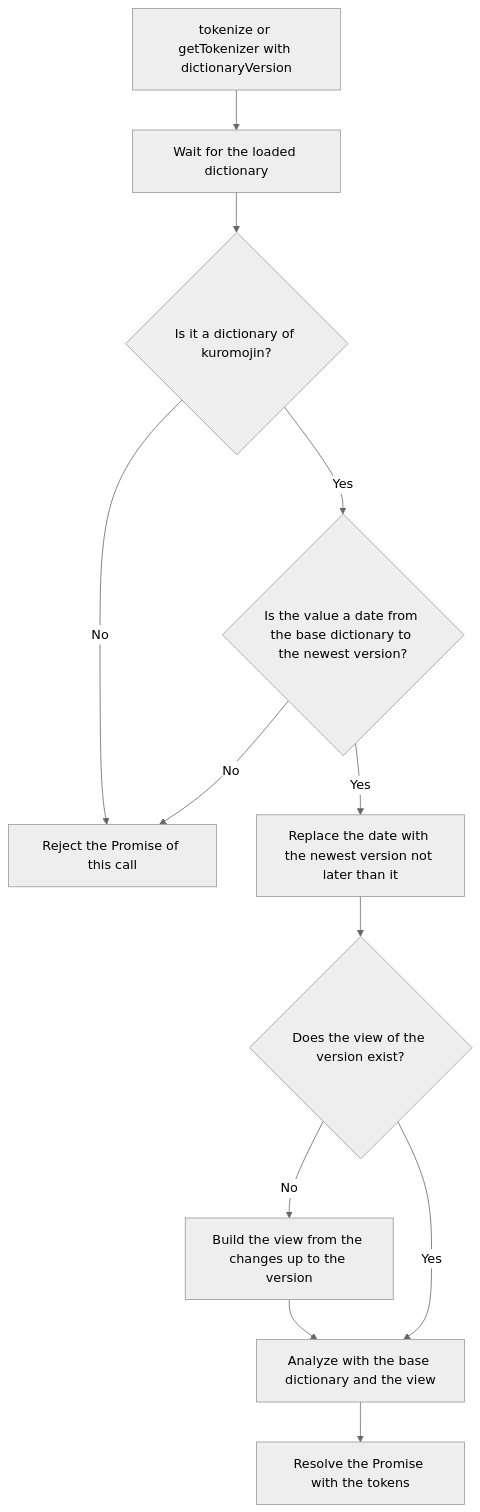
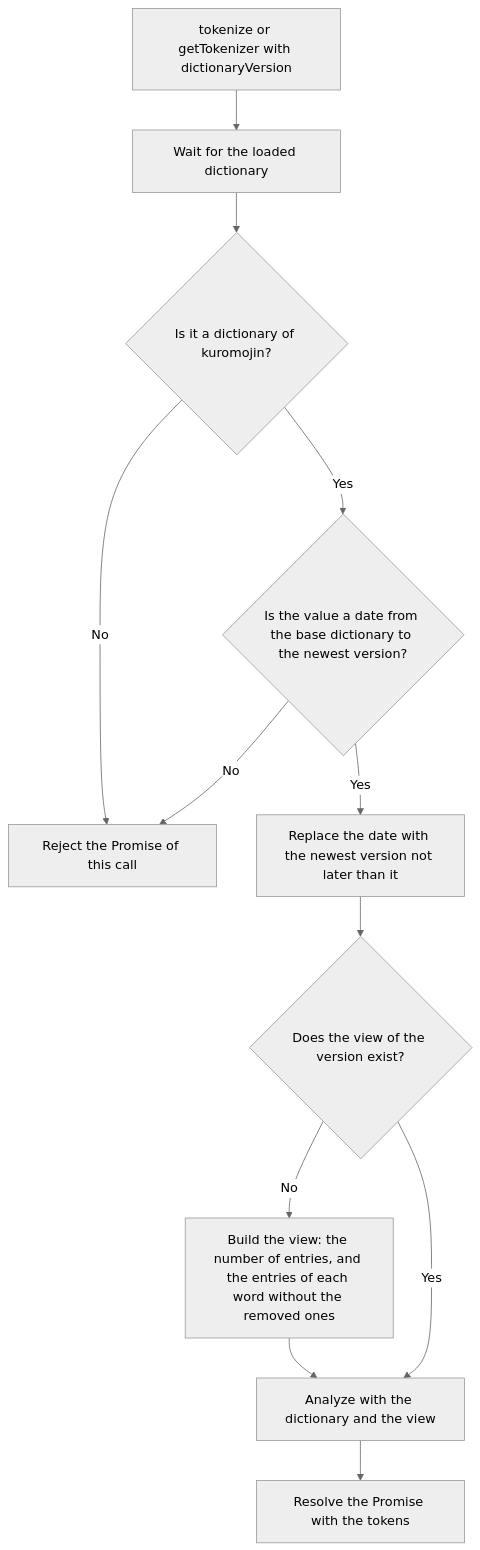
Before and after one commit to azu/kuromojin: the first of 2 diagrams in docs/products/kuromojin/features/dictionary-versions/design.md, drawn with Mermaid (neutral theme). The commit also changed other lines of this file and 5 other files, not shown here.

First line of the commit message:
docs: keep the entries of all dictionary versions in the same parts

````diff
--- a/docs/products/kuromojin/features/dictionary-versions/design.md
+++ b/docs/products/kuromojin/features/dictionary-versions/design.md
@@ -112,14 +117,14 @@
 ```mermaid
 flowchart TD
     call["tokenize or getTokenizer with dictionaryVersion"] --> load["Wait for the loaded dictionary"]
     load --> kind{"Is it a dictionary of kuromojin?"}
     kind -- No --> reject["Reject the Promise of this call"]
     kind -- Yes --> check{"Is the value a date from the base dictionary to the newest version?"}
     check -- No --> reject
     check -- Yes --> version["Replace the date with the newest version not later than it"]
     version --> view{"Does the view of the version exist?"}
-    view -- No --> build["Build the view from the changes up to the version"]
-    build --> analyze["Analyze with the base dictionary and the view"]
+    view -- No --> build["Build the view: the number of entries, and the entries of each word without the removed ones"]
+    build --> analyze["Analyze with the dictionary and the view"]
     view -- Yes --> analyze
     analyze --> tokens["Resolve the Promise with the tokens"]
 ```
````
